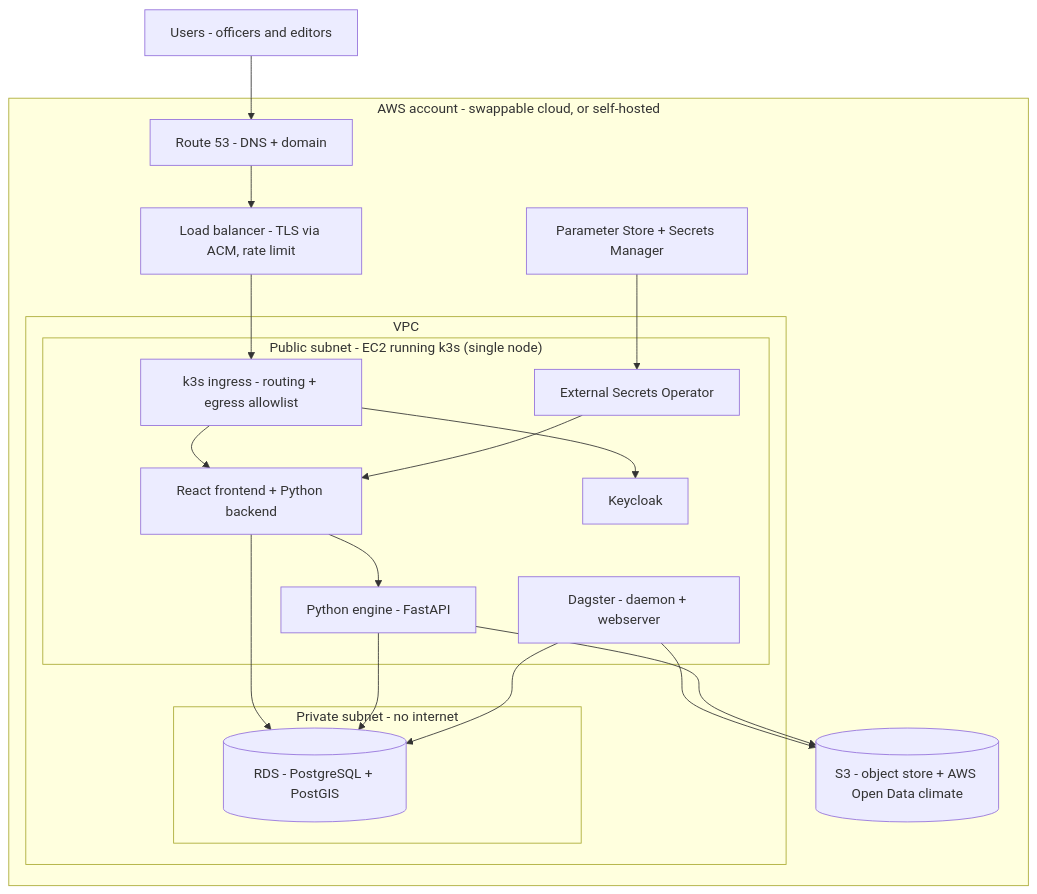
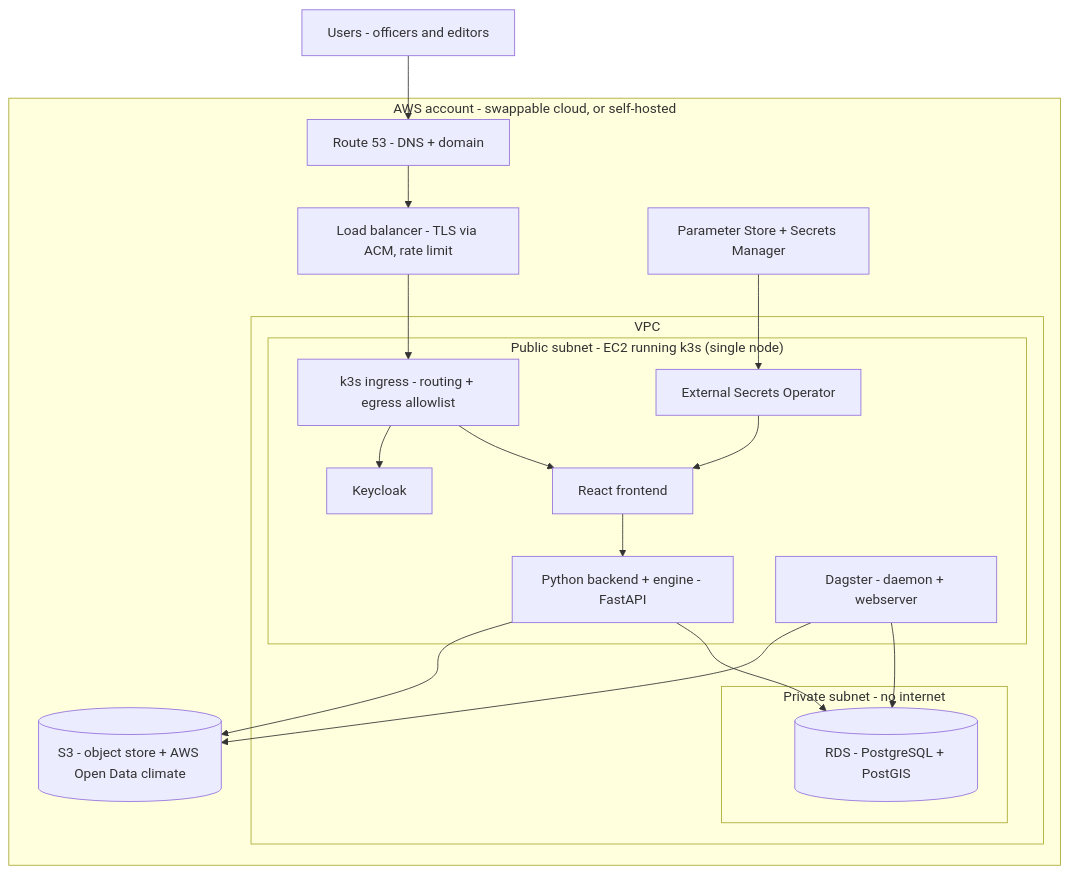
The tenth of 12 diagrams in docs/tdd.md (CHART-Scope/CHART), drawn with Mermaid before and after one commit. The commit also changed other lines of this file and 28 other files, not shown here.

````diff
--- a/docs/tdd.md
+++ b/docs/tdd.md
@@ -635,36 +656,35 @@
 ```mermaid
 flowchart TB
   user["Users - officers and editors"]
   subgraph aws["AWS account - swappable cloud, or self-hosted"]
     r53["Route 53 - DNS + domain"]
     alb["Load balancer - TLS via ACM, rate limit"]
     s3[("S3 - object store + AWS Open Data climate")]
     ssm["Parameter Store + Secrets Manager"]
     subgraph vpc["VPC"]
       subgraph pub["Public subnet - EC2 running k3s (single node)"]
         ingress["k3s ingress - routing + egress allowlist"]
-        web["React frontend + Python backend"]
-        eng["Python engine - FastAPI"]
+        web["React frontend"]
+        eng["Python backend + engine - FastAPI"]
         dag["Dagster - daemon + webserver"]
         kc["Keycloak"]
         eso["External Secrets Operator"]
       end
       subgraph priv["Private subnet - no internet"]
         rds[("RDS - PostgreSQL + PostGIS")]
       end
     end
   end
   user --> r53
   r53 --> alb
   alb --> ingress
   ingress --> web
   ingress --> kc
   web --> eng
-  web --> rds
   eng --> rds
   dag --> rds
   dag --> s3
   eng --> s3
   ssm --> eso
   eso --> web
 ```
````
